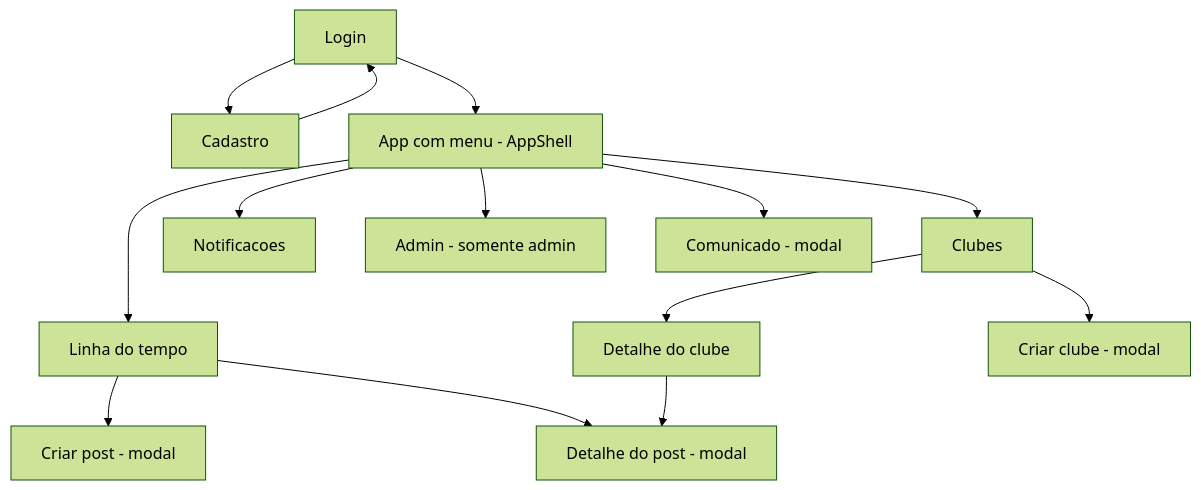
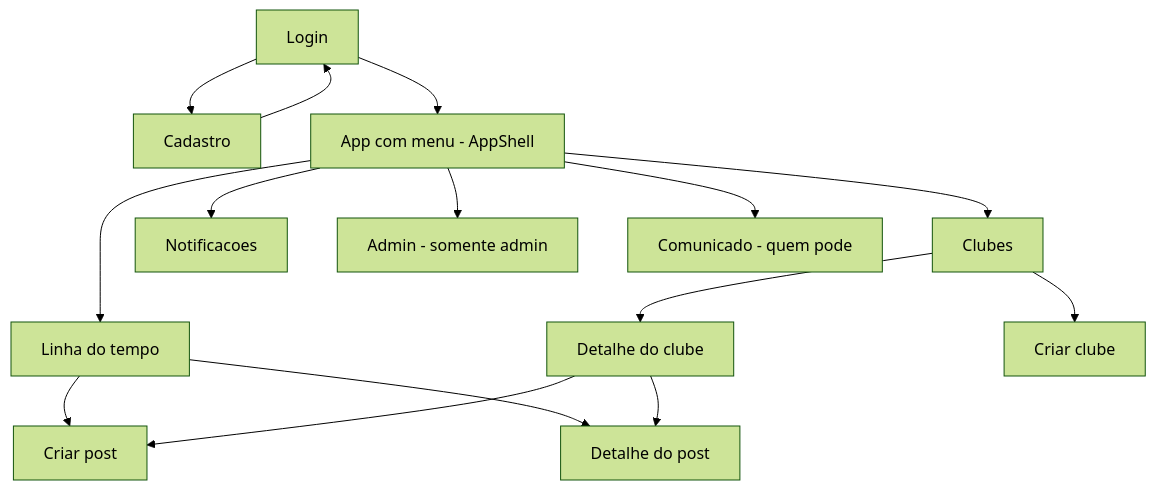
One commit to R1ck-dev/IFConecta changed the second of 2 diagrams in docs/frontend-javafx.md. Above: the diagram before and after it, drawn with Mermaid (forest theme). The commit also changed other lines of this file and 1 other file, not shown here.

````diff
--- a/docs/frontend-javafx.md
+++ b/docs/frontend-javafx.md
@@ -78,20 +79,21 @@
 ```mermaid
 flowchart TD
     Login[Login] --> Cadastro[Cadastro]
     Cadastro --> Login
 
     Login --> Shell[App com menu - AppShell]
 
     Shell --> Timeline[Linha do tempo]
     Shell --> Clubes[Clubes]
     Shell --> Notificacoes[Notificacoes]
     Shell --> Admin[Admin - somente admin]
-    Shell --> Comunicado[Comunicado - modal]
+    Shell --> Comunicado[Comunicado - quem pode]
 
-    Timeline --> CriarPost[Criar post - modal]
-    Timeline --> PostDetalhe[Detalhe do post - modal]
+    Timeline --> CriarPost[Criar post]
+    Timeline --> PostDetalhe[Detalhe do post]
 
     Clubes --> ClubeDetalhe[Detalhe do clube]
-    Clubes --> CriarClube[Criar clube - modal]
+    Clubes --> CriarClube[Criar clube]
     ClubeDetalhe --> PostDetalhe
+    ClubeDetalhe --> CriarPost
 ```
````
